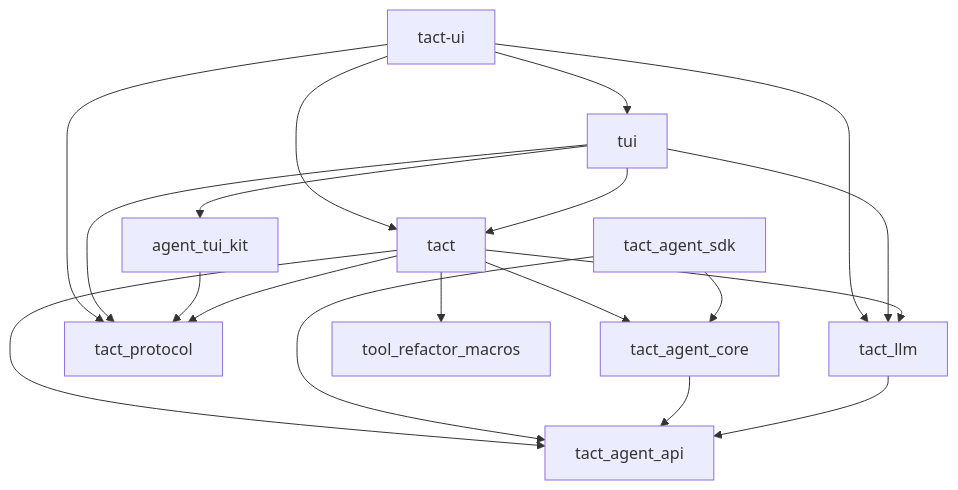
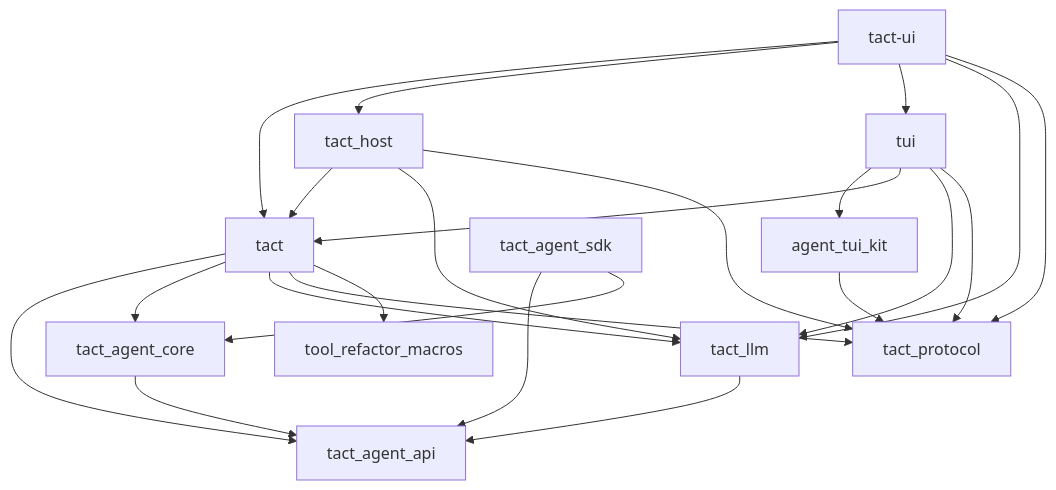
The first of 10 diagrams in ARCHITECTURE.md (rust-infra/tact), drawn with Mermaid before and after one commit. The commit also changed other lines of this file and 50 other files, not shown here.

First line of the commit message:
feat(host): extract UI-independent services into tact_host

````diff
--- a/ARCHITECTURE.md
+++ b/ARCHITECTURE.md
@@ -28,21 +29,25 @@
 ```mermaid
 flowchart TB
     tact_ui["tact-ui"] --> tact
+    tact_ui --> tact_host["tact_host"]
+    tact_host --> tact
+    tact_host --> tact_llm
+    tact_host --> tact_protocol
     tact_ui --> tui
     tact_ui --> tact_llm
     tact_ui --> tact_protocol
     tui --> agent_tui_kit
     tui --> tact
     tui --> tact_llm
     tui --> tact_protocol
     agent_tui_kit --> tact_protocol
     tact --> tact_agent_api["tact_agent_api"]
     tact --> tact_agent_core["tact_agent_core"]
     tact --> tact_llm
     tact --> tact_protocol
     tact --> tool_refactor_macros
     tact_agent_sdk["tact_agent_sdk"] --> tact_agent_api["tact_agent_api"]
     tact_agent_sdk --> tact_agent_core["tact_agent_core"]
     tact_agent_core --> tact_agent_api
     tact_llm --> tact_agent_api
 ```
````
